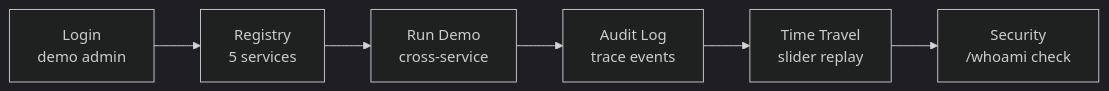
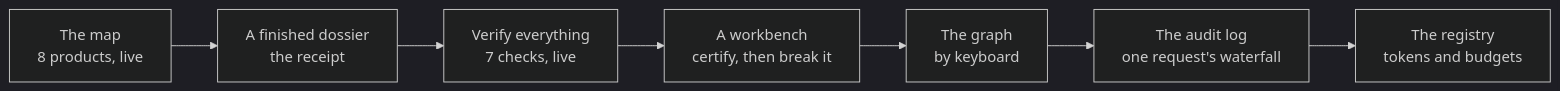
One commit to Abdul-Muizz1310/bastion changed the diagram in docs/DEMO.md. Above: the diagram before and after it, drawn with Mermaid (dark theme). The commit also changed other lines of this file and 10 other files, not shown here.

````diff
--- a/docs/DEMO.md
+++ b/docs/DEMO.md
@@ -5,8 +6,9 @@
 ```mermaid
 flowchart LR
-    A[Login<br>demo admin] --> B[Registry<br>5 services]
-    B --> C[Run Demo<br>cross-service]
-    C --> D[Audit Log<br>trace events]
-    D --> E[Time Travel<br>slider replay]
-    E --> F[Security<br>/whoami check]
+    A[The map<br/>8 products, live] --> B[A finished dossier<br/>the receipt]
+    B --> C[Verify everything<br/>7 checks, live]
+    C --> D[A workbench<br/>certify, then break it]
+    D --> E[The graph<br/>by keyboard]
+    E --> F[The audit log<br/>one request's waterfall]
+    F --> G[The registry<br/>tokens and budgets]
 ```
````
